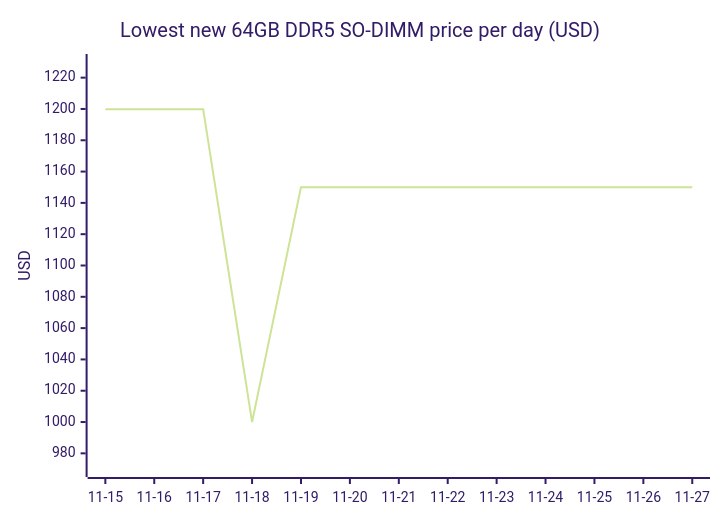
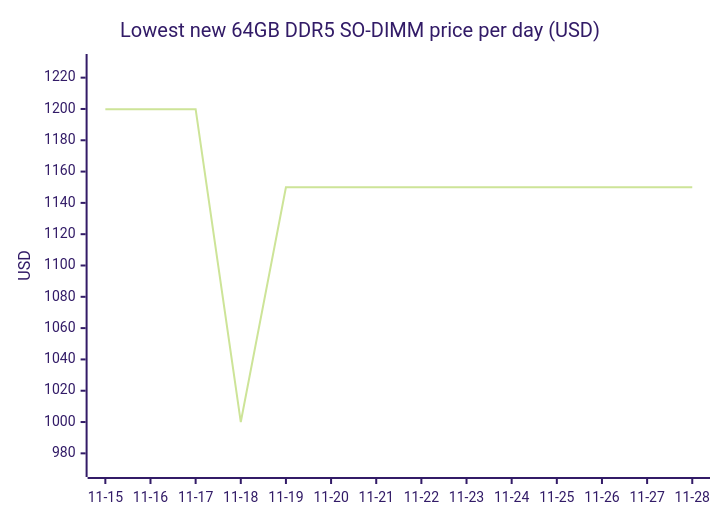
The third of 18 diagrams in README.md (7324136828/4tb_ssd_price_watch), drawn with Mermaid (forest theme) before and after one commit. The commit also changed other lines of this file, not shown here.

````diff
--- a/README.md
+++ b/README.md
@@ -875,7 +899,7 @@
 ```mermaid
 xychart-beta
     title "Lowest new 64GB DDR5 SO-DIMM price per day (USD)"
-    x-axis ["11-15", "11-16", "11-17", "11-18", "11-19", "11-20", "11-21", "11-22", "11-23", "11-24", "11-25", "11-26", "11-27"]
+    x-axis ["11-15", "11-16", "11-17", "11-18", "11-19", "11-20", "11-21", "11-22", "11-23", "11-24", "11-25", "11-26", "11-27", "11-28"]
     y-axis "USD" 970 --> 1230
-    line [1199.89, 1199.89, 1199.89, 1000.00, 1149.99, 1149.99, 1149.99, 1149.99, 1149.99, 1149.99, 1149.99, 1149.99, 1149.99]
+    line [1199.89, 1199.89, 1199.89, 1000.00, 1149.99, 1149.99, 1149.99, 1149.99, 1149.99, 1149.99, 1149.99, 1149.99, 1149.99, 1149.99]
 ```
````
